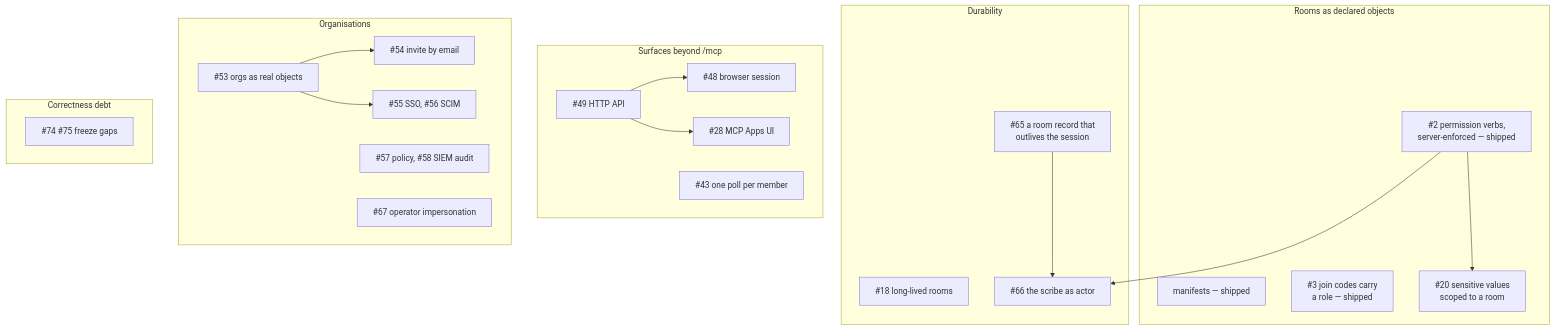
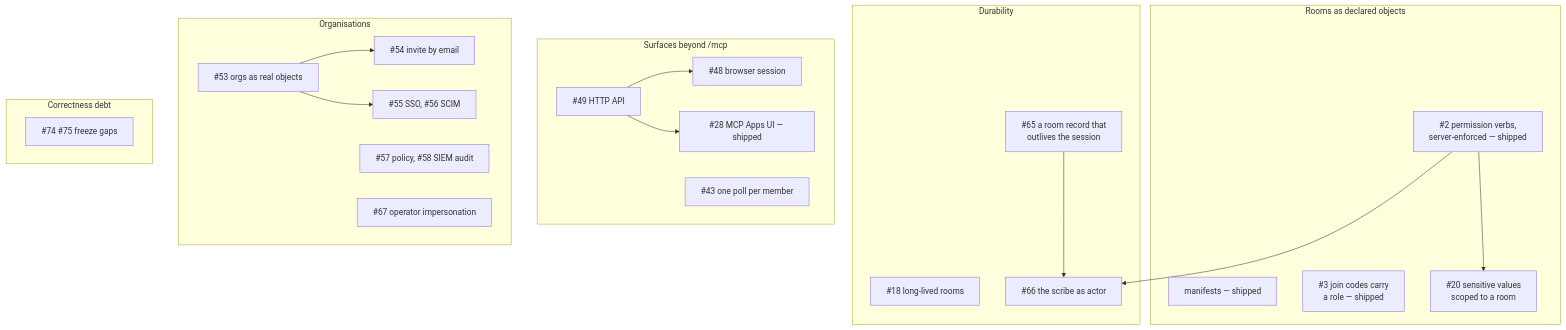
Before and after one commit to bellman-sh/bellman: the seventh of 7 diagrams in docs/ARCHITECTURE.md, drawn with Mermaid. The commit also changed other lines of this file and 2 other files, not shown here.

Commit message:
docs: tools first; bellman_rooms and the MCP Apps screens in README, ARCHITECTURE and CLAUDE.md

````diff
--- a/docs/ARCHITECTURE.md
+++ b/docs/ARCHITECTURE.md
@@ -732,38 +732,38 @@
 ```mermaid
 flowchart TB
     subgraph A["Rooms as declared objects"]
         A1["manifests — shipped"]
         A2["#2 permission verbs,<br/>server-enforced — shipped"]
         A3["#3 join codes carry<br/>a role — shipped"]
         A4["#20 sensitive values<br/>scoped to a room"]
     end
     subgraph B["Durability"]
         B1["#18 long-lived rooms"]
         B2["#65 a room record that<br/>outlives the session"]
         B3["#66 the scribe as actor"]
     end
     subgraph C["Surfaces beyond /mcp"]
         C1["#49 HTTP API"]
         C2["#48 browser session"]
-        C3["#28 MCP Apps UI"]
+        C3["#28 MCP Apps UI — shipped"]
         C4["#43 one poll per member"]
     end
     subgraph D["Organisations"]
         D1["#53 orgs as real objects"]
         D2["#54 invite by email"]
         D3["#55 SSO, #56 SCIM"]
         D4["#57 policy, #58 SIEM audit"]
         D5["#67 operator impersonation"]
     end
     subgraph E["Correctness debt"]
         E3["#74 #75 freeze gaps"]
     end
 
     A2 --> A4
     A2 --> B3
     B2 --> B3
     C1 --> C2
     C1 --> C3
     D1 --> D2
     D1 --> D3
 ```
````
